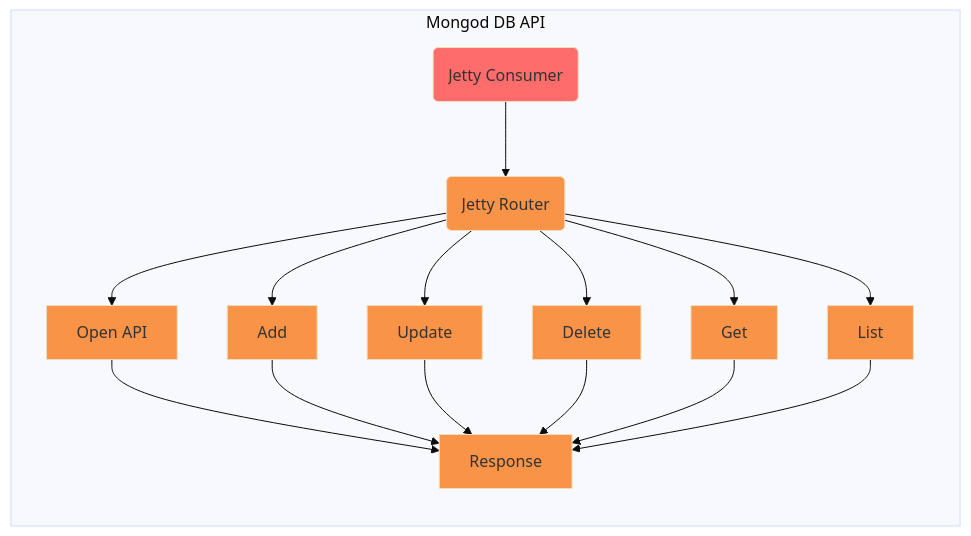
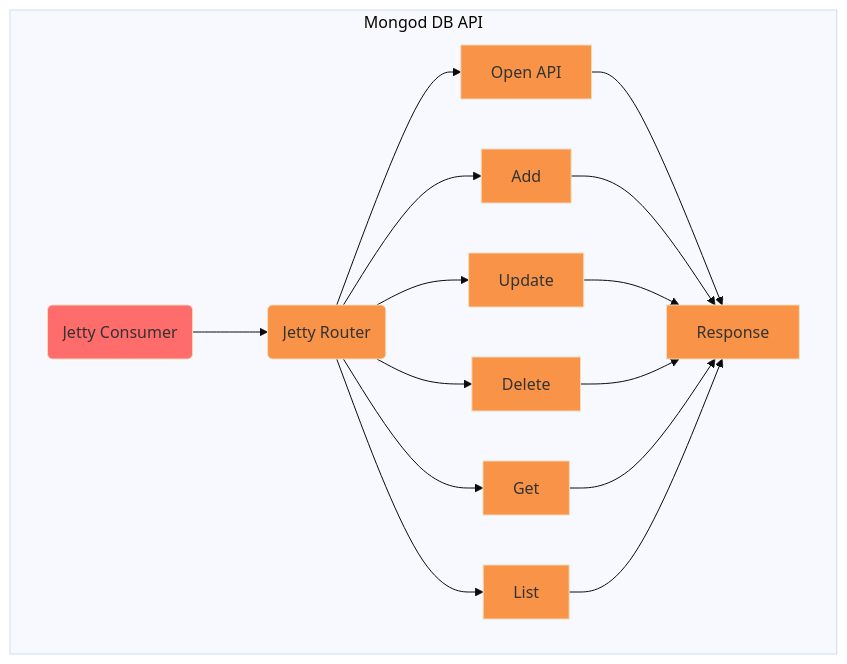
One commit to interlok-testing/testing_mongodb changed the diagram in README.md. Above: the diagram before and after it, drawn with Mermaid (base theme). The commit also changed other lines of this file and 7 other files, not shown here.

````diff
--- a/README.md
+++ b/README.md
@@ -9,29 +12,29 @@
 ```mermaid
 graph LR
   subgraph Mongod DB API
+    direction LR
     J_C(Jetty Consumer) --> JR(Jetty Router)
     JR --> O[Open API]
     O --> R[Response]
     JR --> A[Add]
     A --> R[Response]
     JR --> U[Update]
     U --> R[Response]
     JR --> D[Delete]
     D --> R[Response]
     JR --> G[Get]
     G --> R[Response]
     JR --> L[List]
     L --> R[Response]
   end
 
   style J_C fill:#FF6C6C
   style JR fill: #F89347
   style O fill:#F89347
   style A fill:#F89347
   style U fill:#F89347
   style D fill:#F89347
   style G fill:#F89347
   style L fill:#F89347
   style R fill:#F89347
-
 ```
````
